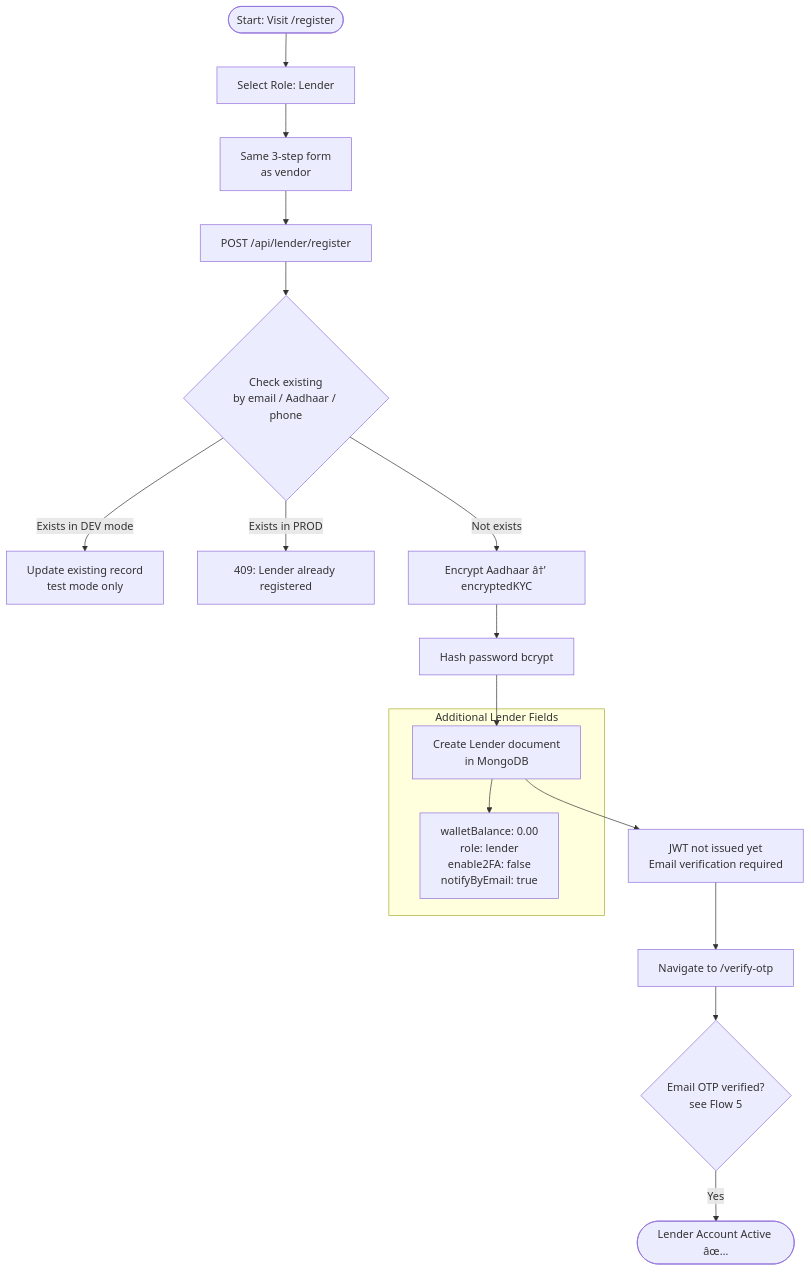
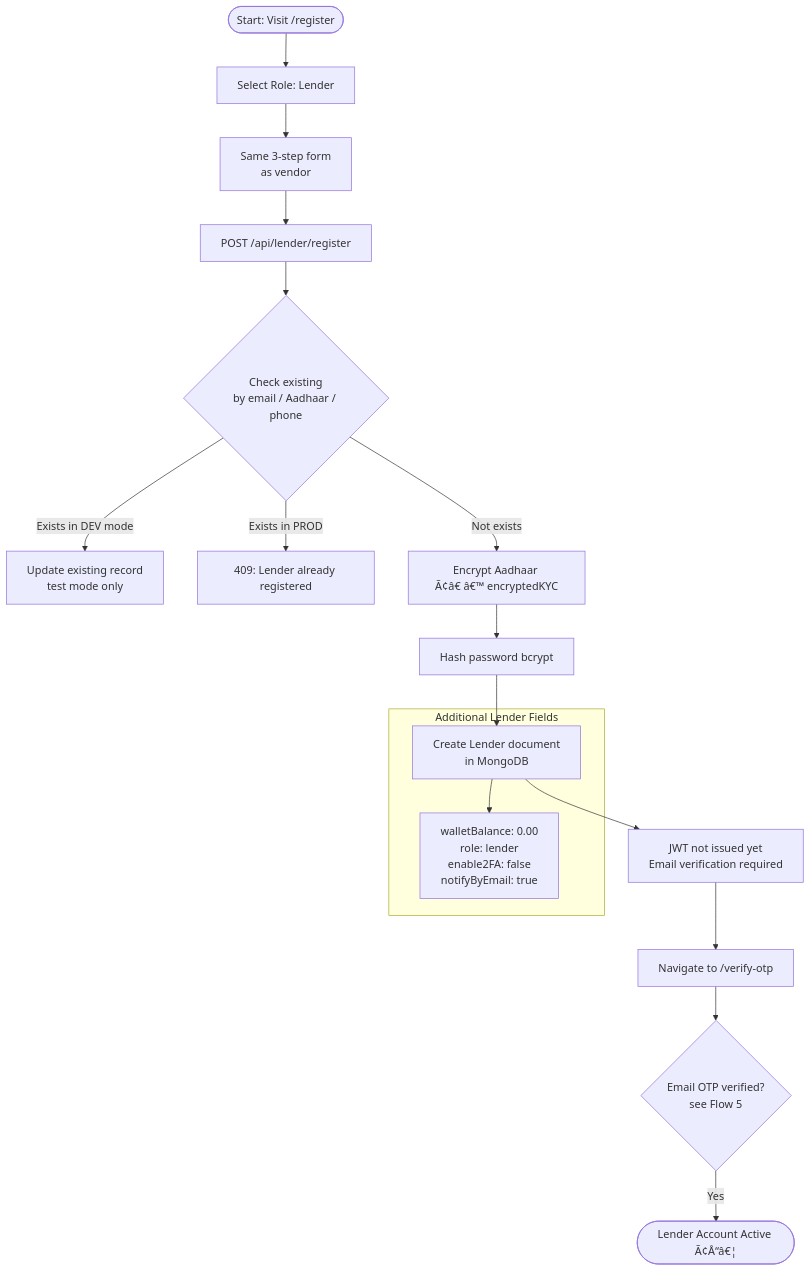
The third of 21 diagrams in PROCESS_FLOWS.md (sivamaniganjerupalli/simplified-microloans), drawn with Mermaid before and after one commit. The commit also changed other lines of this file and 14 other files, not shown here.

````diff
--- a/PROCESS_FLOWS.md
+++ b/PROCESS_FLOWS.md
@@ -100,21 +100,21 @@
 ```mermaid
 flowchart TD
     A([Start: Visit /register]) --> B[Select Role: Lender]
     B --> C[Same 3-step form\nas vendor]
     C --> D[POST /api/lender/register]
 
     D --> E{Check existing\nby email / Aadhaar / phone}
     E -- Exists in DEV mode --> F[Update existing record\n test mode only]
     E -- Exists in PROD --> G[409: Lender already registered]
-    E -- Not exists --> H[Encrypt Aadhaar â†’ encryptedKYC]
+    E -- Not exists --> H[Encrypt Aadhaar Ã¢â€ â€™ encryptedKYC]
     H --> I[Hash password bcrypt]
     I --> J[Create Lender document\nin MongoDB]
     J --> K[JWT not issued yet\nEmail verification required]
     K --> L[Navigate to /verify-otp]
     L --> M{Email OTP verified?\nsee Flow 5}
-    M -- Yes --> N([Lender Account Active âœ…])
+    M -- Yes --> N([Lender Account Active Ã¢Å“â€¦])
 
     subgraph Additional Lender Fields
         J --> J1[walletBalance: 0.00\nrole: lender\nenable2FA: false\nnotifyByEmail: true]
     end
 ```
````
